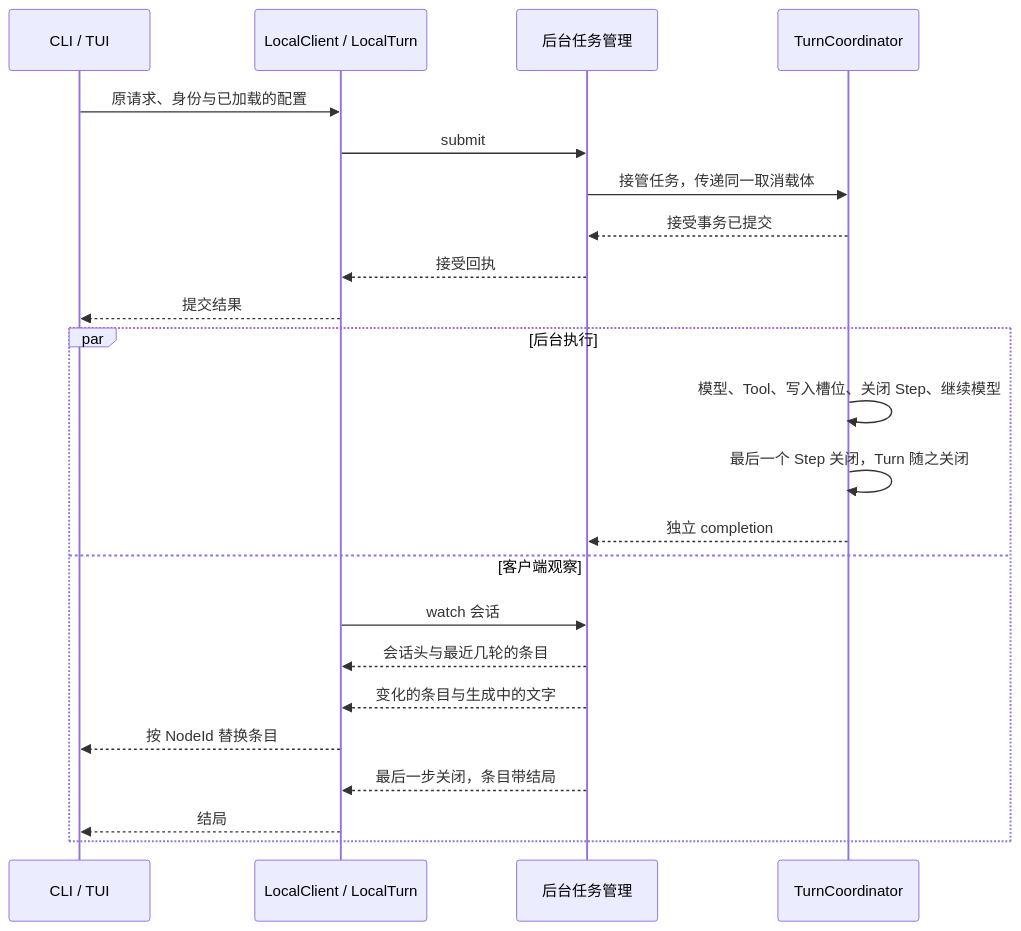
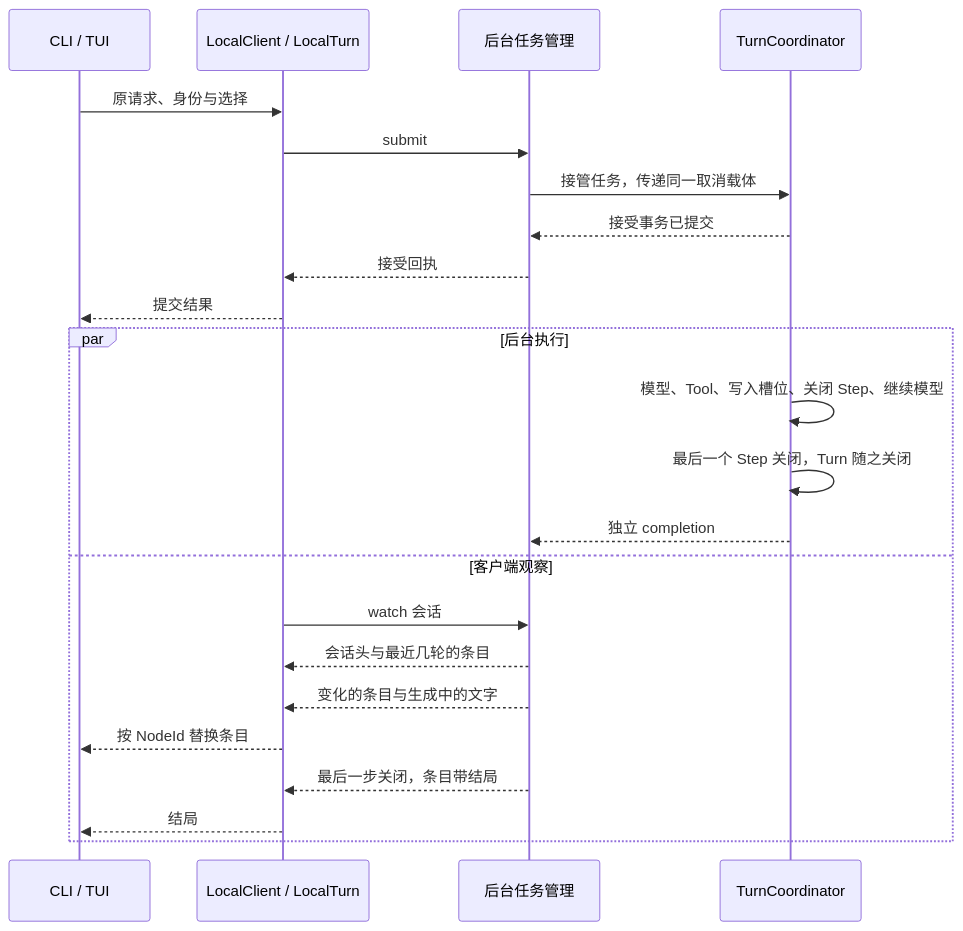
Before and after one commit to Skyline10124/lattice: the first of 2 diagrams in docs/architecture/session.md, drawn with Mermaid. The commit also changed other lines of this file and 23 other files, not shown here.

````diff
--- a/docs/architecture/session.md
+++ b/docs/architecture/session.md
@@ -116,25 +135,25 @@
 ```mermaid
 sequenceDiagram
     participant F as CLI / TUI
     participant L as LocalClient / LocalTurn
     participant B as 后台任务管理
     participant C as TurnCoordinator
-    F->>L: 原请求、身份与已加载的配置
+    F->>L: 原请求、身份与选择
     L->>B: submit
     B->>C: 接管任务，传递同一取消载体
     C-->>B: 接受事务已提交
     B-->>L: 接受回执
     L-->>F: 提交结果
     par 后台执行
         C->>C: 模型、Tool、写入槽位、关闭 Step、继续模型
         C->>C: 最后一个 Step 关闭，Turn 随之关闭
         C-->>B: 独立 completion
     and 客户端观察
         L->>B: watch 会话
         B-->>L: 会话头与最近几轮的条目
         B-->>L: 变化的条目与生成中的文字
         L-->>F: 按 NodeId 替换条目
         B-->>L: 最后一步关闭，条目带结局
         L-->>F: 结局
     end
 ```
````
